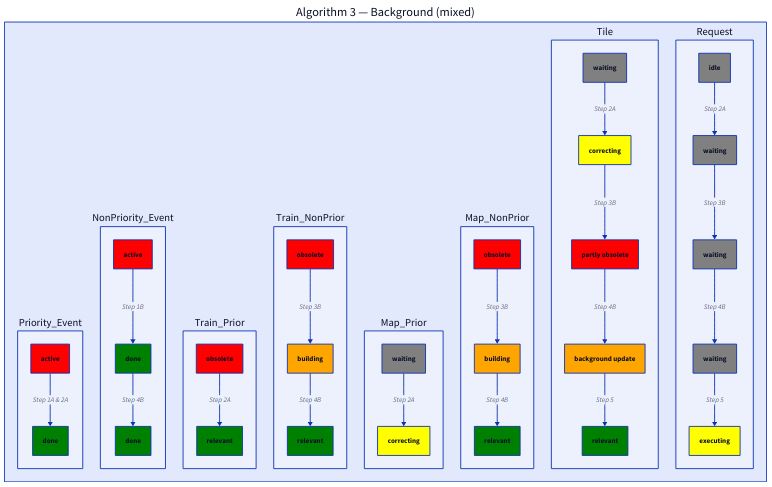
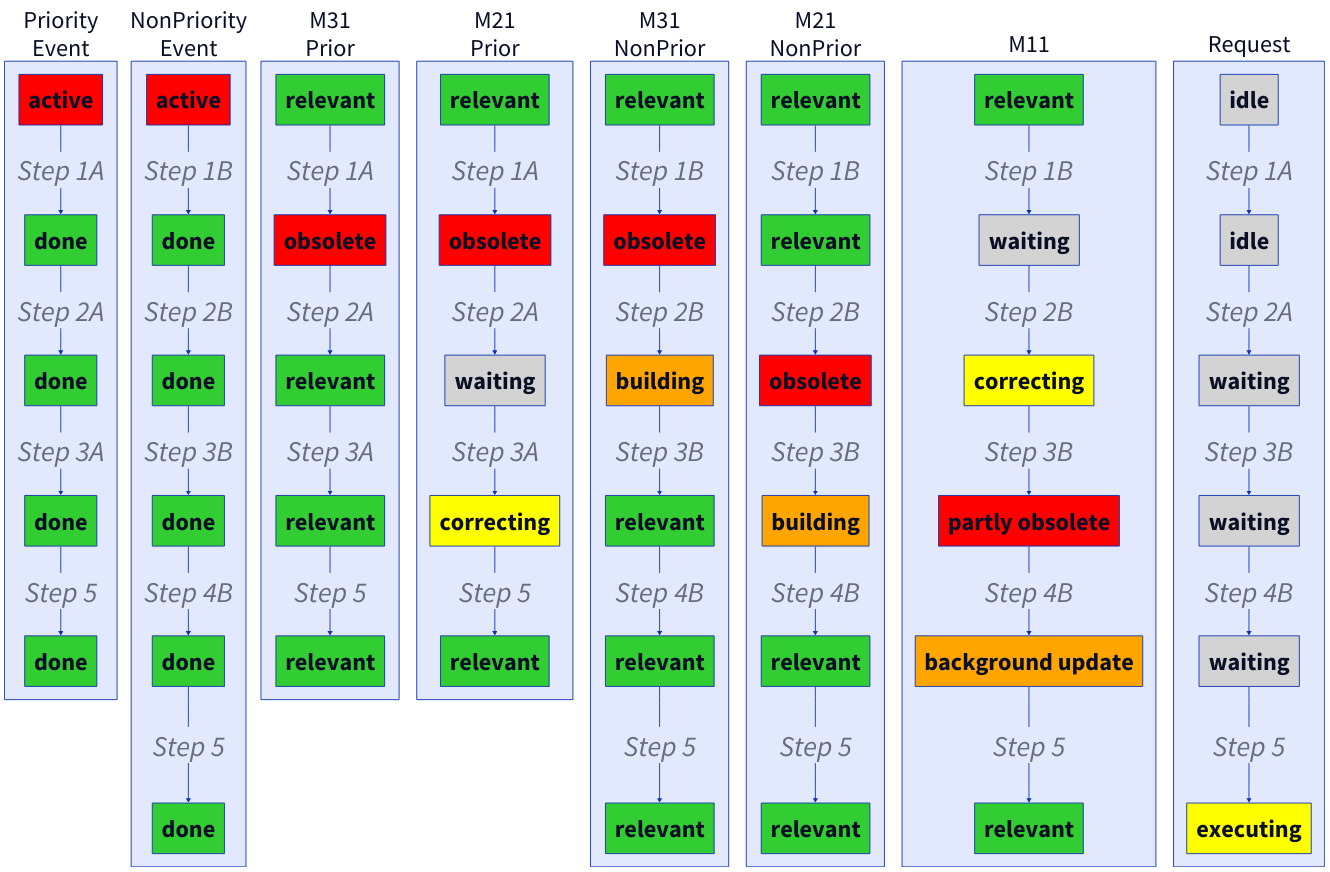
The diagram in d2/algo3.d2 (Gizzatovamir/Digital_twin_modeling), drawn with D2 before and after one commit. The commit also changed 4 other files, not shown here.

```diff
--- a/d2/algo3.d2
+++ b/d2/algo3.d2
@@ -1,77 +1,121 @@
-A3: {
-  label: "Algorithm 3 — Background (mixed)"
+  Priority\nEvent: {
+    s1: "active" { style.fill: red }
+    s2: "done" { style.fill: limegreen }
+    s3: "done" { style.fill: limegreen }
+    
+    s5: "done" { style.fill: limegreen }
+    s6: "done" { style.fill: limegreen }
 
-  Priority_Event: {
-    s1: "active" { style.fill: red }
-    s2: "done" { style.fill: green }
-
-    s1 -> s2: "Step 1A & 2A"
+    s1 -> s2: "Step 1A" {style.font-size: 65} 
+    s2 -> s3: "Step 2A" {style.font-size: 65} 
+    s3 -> s5: "Step 3A" {style.font-size: 65} 
+    
+    s5 -> s6: "Step 5" {style.font-size: 65} 
+    style.font-size: 45
   }
 
-  NonPriority_Event: {
+  NonPriority\nEvent: {
     s1: "active" { style.fill: red }
-    s2: "done" { style.fill: green }
-    s3: "done" { style.fill: green }
+    s2: "done" { style.fill: limegreen }
+    s3: "done" { style.fill: limegreen }
+    s4: "done" { style.fill: limegreen }
+    s5: "done" { style.fill: limegreen }
+    s6: "done" { style.fill: limegreen }
 
-    s1 -> s2: "Step 1B"
-    s2 -> s3: "Step 4B"
+    s1 -> s2: "Step 1B" {style.font-size: 65} 
+    s2 -> s3: "Step 2B" {style.font-size: 65} 
+    s3 -> s4: "Step 3B" {style.font-size: 65} 
+    s4 -> s5: "Step 4B" {style.font-size: 65} 
+    s5 -> s6: "Step 5" {style.font-size: 65} 
   }
 
-  Train_Prior: {
+  M31\nPrior: {
+    s0: "relevant" { style.fill: limegreen }
     s1: "obsolete" { style.fill: red }
-    s2: "relevant" { style.fill: green }
+    s2: "relevant" { style.fill: limegreen }
+    s4: "relevant" { style.fill: limegreen }
+    s5: "relevant" { style.fill: limegreen }
 
-    s1 -> s2: "Step 2A"
+
+    s0 -> s1: "Step 1A" {style.font-size: 65} 
+    s1 -> s2: "Step 2A" {style.font-size: 65} 
+    s2 -> s4: "Step 3A" {style.font-size: 65} 
+    s4 -> s5: "Step 5" {style.font-size: 65} 
   }
 
-  Train_NonPrior: {
+  M31\nNonPrior: {
+    s0: "relevant" { style.fill: limegreen }
     s1: "obsolete" { style.fill: red }
     s2: "building" { style.fill: orange }
-    s3: "relevant" { style.fill: green }
+    s3: "relevant" { style.fill: limegreen }
+    s4: "relevant" { style.fill: limegreen }
+    s5: "relevant" { style.fill: limegreen }
 
-    s1 -> s2: "Step 3B"
-    s2 -> s3: "Step 4B"
+    s0 -> s1: "Step 1B" {style.font-size: 65} 
+    s1 -> s2: "Step 2B" {style.font-size: 65} 
+    s2 -> s3: "Step 3B" {style.font-size: 65} 
+    s3 -> s4: "Step 4B" {style.font-size: 65} 
+    s4 -> s5: "Step 5" {style.font-size: 65} 
   }
 
-  Map_Prior: {
-    s1: "waiting" { style.fill: gray }
-    s2: "correcting" { style.fill: yellow }
+  M21\nPrior: {
+    s0: "relevant" { style.fill: limegreen }
+    s1: "obsolete" { style.fill: red }
+    s2: "waiting" { style.fill: lightgray }
+    s3: "correcting" { style.fill: yellow }
+    s5: "relevant" { style.fill: limegreen }
 
-    s1 -> s2: "Step 2A"
+    s0 -> s1: "Step 1A" {style.font-size: 65} 
+    s1 -> s2: "Step 2A" {style.font-size: 65} 
+    s2 -> s3: "Step 3A" {style.font-size: 65} 
+    s3 -> s5: "Step 5" {style.font-size: 65} 
   }
 
-  Map_NonPrior: {
-    s1: "obsolete" { style.fill: red }
-    s2: "building" { style.fill: orange }
-    s3: "relevant" { style.fill: green }
+  M21\nNonPrior: {
+    s1: "relevant" { style.fill: limegreen }
+    s2: "relevant" { style.fill: limegreen }
+    s3: "obsolete" { style.fill: red }
+    s4: "building" { style.fill: orange }
+    s5: "relevant" { style.fill: limegreen }
+    s6: "relevant" { style.fill: limegreen }
 
-    s1 -> s2: "Step 3B"
-    s2 -> s3: "Step 4B"
+    s1 -> s2: "Step 1B" {style.font-size: 65} 
+    s2 -> s3: "Step 2B" {style.font-size: 65} 
+    s3 -> s4: "Step 3B" {style.font-size: 65} 
+    s4 -> s5: "Step 4B" {style.font-size: 65} 
+    s5 -> s6: "Step 5" {style.font-size: 65} 
   }
 
-  Tile: {
-    s1: "waiting" { style.fill: gray }
+  M11: {
+    s0: "relevant" { style.fill: limegreen }
+    s1: "waiting" { style.fill: lightgray }
     s2: "correcting" { style.fill: yellow }
     s3: "partly obsolete" { style.fill: red }
     s4: "background update" { style.fill: orange }
-    s5: "relevant" { style.fill: green }
+    s5: "relevant" { style.fill: limegreen }
 
-    s1 -> s2: "Step 2A"
-    s2 -> s3: "Step 3B"
-    s3 -> s4: "Step 4B"
-    s4 -> s5: "Step 5"
+    s0 -> s1: "Step 1B" {style.font-size: 65} 
+    s1 -> s2: "Step 2B" {style.font-size: 65} 
+    s2 -> s3: "Step 3B" {style.font-size: 65} 
+    s3 -> s4: "Step 4B" {style.font-size: 65} 
+    s4 -> s5: "Step 5" {style.font-size: 65} 
   }
 
   Request: {
-    s1: "idle" { style.fill: gray }
-    s2: "waiting" { style.fill: gray }
-    s3: "waiting" { style.fill: gray }
-    s4: "waiting" { style.fill: gray }
+    s0: "idle" { style.fill: lightgray }
+    s1: "idle" { style.fill: lightgray }
+    s2: "waiting" { style.fill: lightgray }
+    s3: "waiting" { style.fill: lightgray }
+    s4: "waiting" { style.fill: lightgray }
     s5: "executing" { style.fill: yellow }
 
-    s1 -> s2: "Step 2A"
-    s2 -> s3: "Step 3B"
-    s3 -> s4: "Step 4B"
-    s4 -> s5: "Step 5"
+    s0 -> s1: "Step 1A" {style.font-size: 65} 
+    s1 -> s2: "Step 2A" {style.font-size: 65} 
+    s2 -> s3: "Step 3B" {style.font-size: 65} 
+    s3 -> s4: "Step 4B" {style.font-size: 65} 
+    s4 -> s5: "Step 5" {style.font-size: 65} 
   }
+
+**: {
+  style.font-size: 55
 }
```
